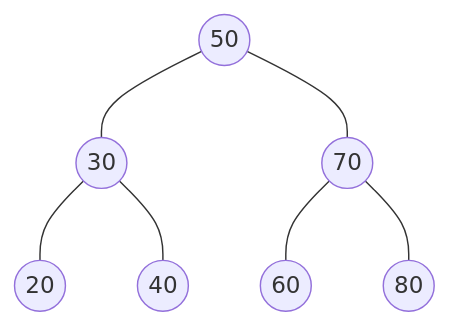
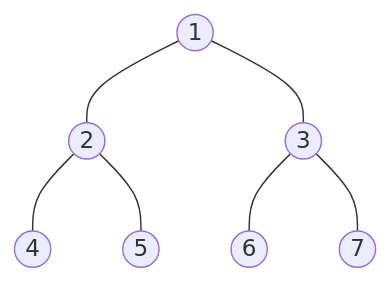
Before and after one commit to JungHBae/TIL: the diagram in Javascript/Non-linear Data Structures/Trees-Binary Tree.md, drawn with Mermaid.

Commit message:
Update Trees-Binary Tree.md

````diff
--- a/Javascript/Non-linear Data Structures/Trees-Binary Tree.md
+++ b/Javascript/Non-linear Data Structures/Trees-Binary Tree.md
@@ -15,16 +15,16 @@
 ```mermaid
 graph TD
-    A((50))
-    B((30))
-    C((70))
-    D((20))
-    E((40))
-    F((60))
-    G((80))
+    A((1))
+    B((2))
+    C((3))
+    D((4))
+    E((5))
+    F((6))
+    G((7))
     A --- B
     A --- C
     B --- D
     B --- E
     C --- F
     C --- G
 ```
````
